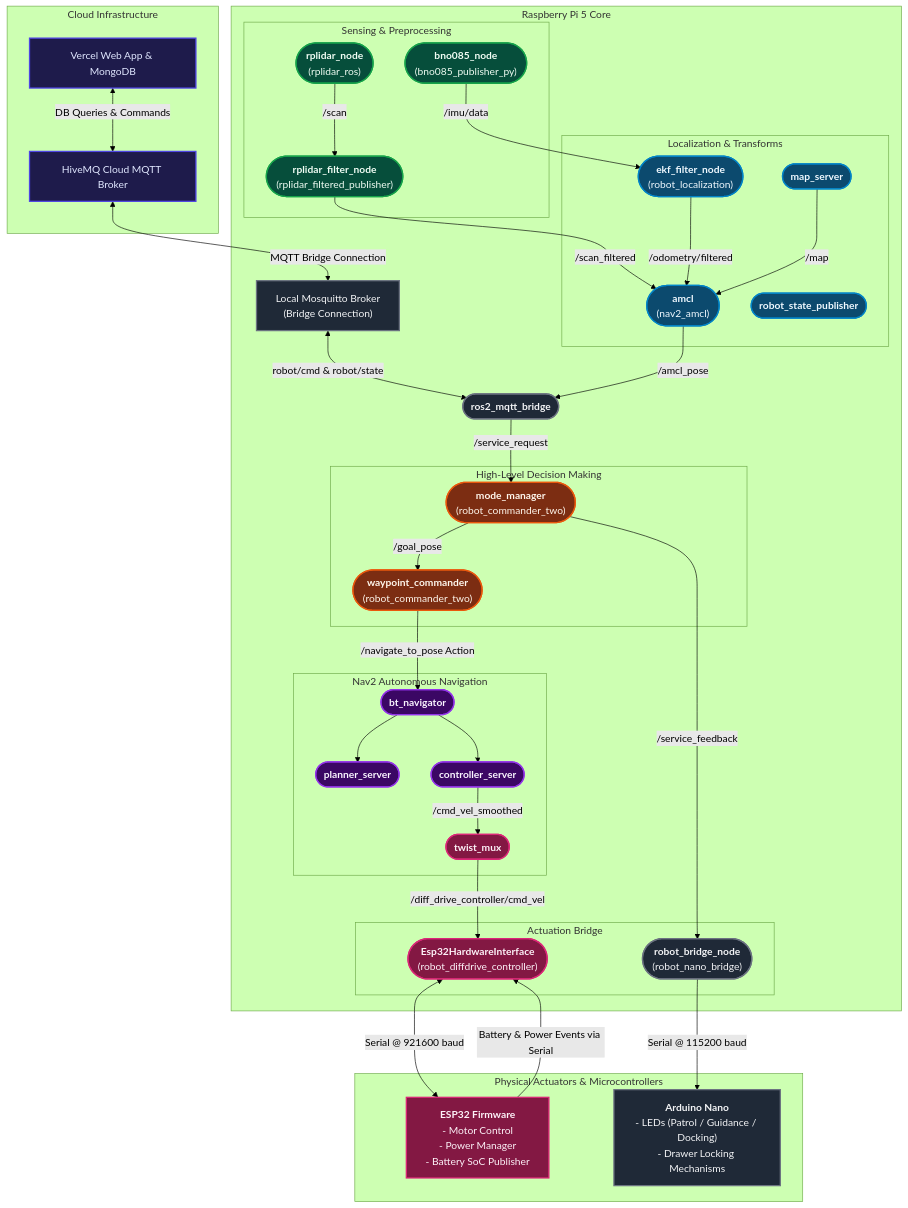
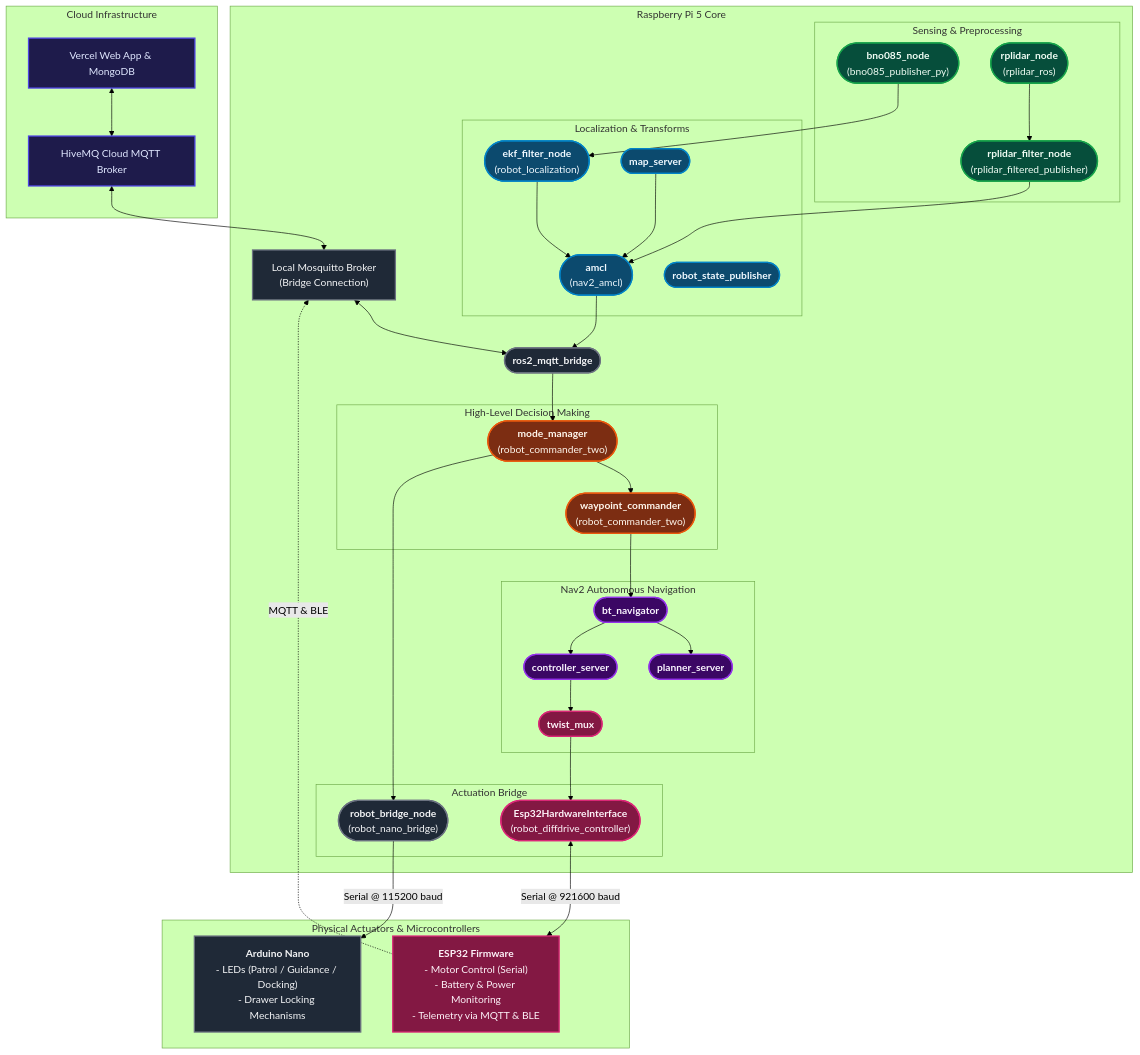
One commit to hommingB/ProjectWS changed the first of 2 diagrams in README.md. Above: the diagram before and after it, drawn with Mermaid (forest theme). The commit also changed other lines of this file and 15 other files, not shown here.

````diff
--- a/README.md
+++ b/README.md
@@ -63,35 +63,35 @@
 
     %% Physical Hardware
     subgraph Microcontrollers ["Physical Actuators & Microcontrollers"]
-        ESP32["<b>ESP32 Firmware</b><br/>- Motor Control<br/>- Power Manager<br/>- Battery SoC Publisher"]:::actuation
+        ESP32["<b>ESP32 Firmware</b><br/>- Motor Control (Serial)<br/>- Battery & Power Monitoring<br/>- Telemetry via MQTT & BLE"]:::actuation
         NANO["<b>Arduino Nano</b><br/>- LEDs (Patrol / Guidance / Docking)<br/>- Drawer Locking Mechanisms"]:::localBridge
     end
 
     %% Connections
-    WEB <-->|DB Queries & Commands| HIVEMQ
-    HIVEMQ <-->|MQTT Bridge Connection| MOSQUITTO
-    MOSQUITTO <-->|robot/cmd & robot/state| MQTT_BRIDGE
+    WEB <--> HIVEMQ
+    HIVEMQ <--> MOSQUITTO
+    MOSQUITTO <--> MQTT_BRIDGE
     
     %% ROS2 internal flows
-    MQTT_BRIDGE -->|/service_request| MM
-    MM -->|/goal_pose| WC
-    WC -->|/navigate_to_pose Action| BT
+    MQTT_BRIDGE --> MM
+    MM --> WC
+    WC --> BT
     BT --> PLANNER
     BT --> CONTROLLER
-    CONTROLLER -->|/cmd_vel_smoothed| MUX
-    MUX -->|/diff_drive_controller/cmd_vel| HW_INT
+    CONTROLLER --> MUX
+    MUX --> HW_INT
 
     %% Sensing & Localization Flows
-    IMU_NODE -->|/imu/data| EKF
-    LIDAR_NODE -->|/scan| LIDAR_FILT
-    LIDAR_FILT -->|/scan_filtered| AMCL
-    EKF -->|/odometry/filtered| AMCL
-    MAP_SERV -->|/map| AMCL
-    AMCL -->|/amcl_pose| MQTT_BRIDGE
+    IMU_NODE --> EKF
+    LIDAR_NODE --> LIDAR_FILT
+    LIDAR_FILT --> AMCL
+    EKF --> AMCL
+    MAP_SERV --> AMCL
+    AMCL --> MQTT_BRIDGE
 
     %% Telemetry & Physical I/O
     HW_INT <-->|Serial @ 921600 baud| ESP32
-    ESP32 -->|Battery & Power Events via Serial| HW_INT
-    MM -->|/service_feedback| NANO_BRIDGE
+    ESP32 -.->|MQTT & BLE| MOSQUITTO
+    MM --> NANO_BRIDGE
     NANO_BRIDGE -->|Serial @ 115200 baud| NANO
 ```
````
